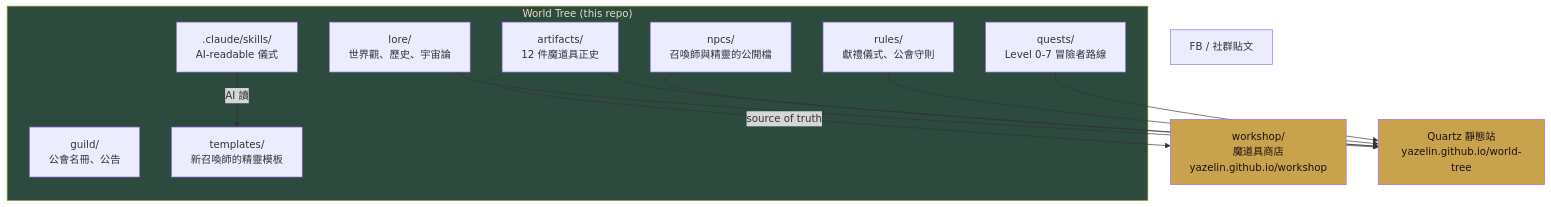
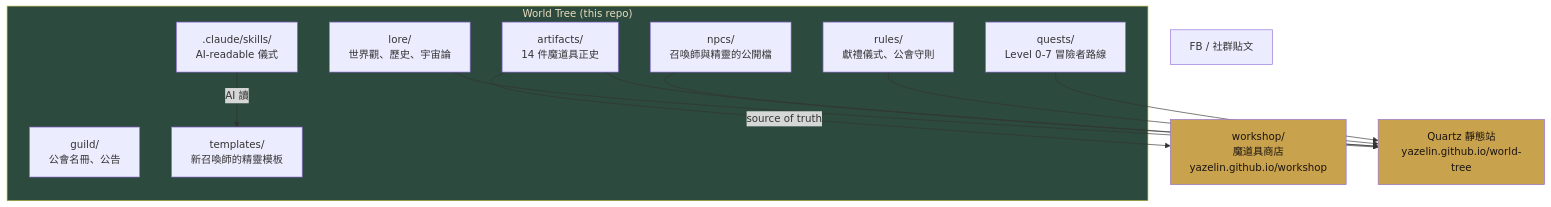
One commit to yazelin/world-tree changed the diagram in README.md. Above: the diagram before and after it, drawn with Mermaid. The commit also changed other lines of this file and 5 other files, not shown here.

````diff
--- a/README.md
+++ b/README.md
@@ -22,29 +22,29 @@
 ```mermaid
 graph TB
  subgraph WT["World Tree (this repo)"]
  L[lore/<br/>世界觀、歷史、宇宙論]
  N[npcs/<br/>召喚師與精靈的公開檔]
- A[artifacts/<br/>12 件魔道具正史]
+ A[artifacts/<br/>14 件魔道具正史]
  Q[quests/<br/>Level 0-7 冒險者路線]
  R[rules/<br/>獻禮儀式、公會守則]
  G[guild/<br/>公會名冊、公告]
  T[templates/<br/>新召喚師的精靈模板]
  S[.claude/skills/<br/>AI-readable 儀式]
  end
 
  WS[workshop/<br/>魔道具商店<br/>yazelin.github.io/workshop]
  QZ[Quartz 靜態站<br/>yazelin.github.io/world-tree]
  FB[FB / 社群貼文]
 
  A -->|source of truth| WS
  L --> QZ
  N --> QZ
  A --> QZ
  R --> QZ
  Q --> QZ
  S -->|AI 讀| T
 
  style WT fill:#2d4a3e,color:#e8dcc0
  style WS fill:#c9a24d,color:#1a1410
  style QZ fill:#c9a24d,color:#1a1410
 ```
````
